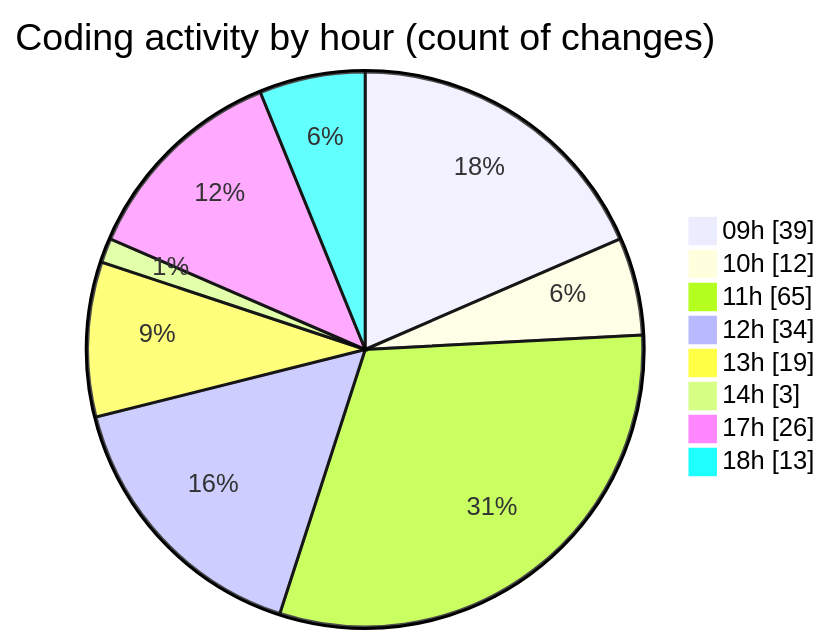
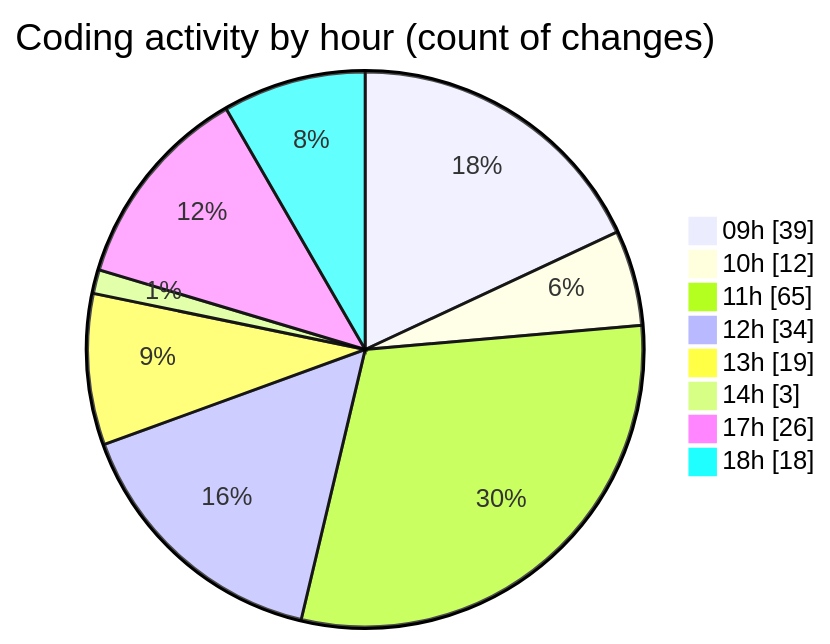
The second of 2 diagrams in 2025-03-04/cda/README.md (momahboobian/code-tracking), drawn with Mermaid before and after one commit. The commit also changed other lines of this file and 1 other file, not shown here.

````diff
--- a/2025-03-04/cda/README.md
+++ b/2025-03-04/cda/README.md
@@ -35,12 +35,12 @@
 ```mermaid
 pie showData
 title Coding activity by hour (count of changes)
 "09h" : 39
 "10h" : 12
 "11h" : 65
 "12h" : 34
 "13h" : 19
 "14h" : 3
 "17h" : 26
-"18h" : 13
+"18h" : 18
 ```
````
